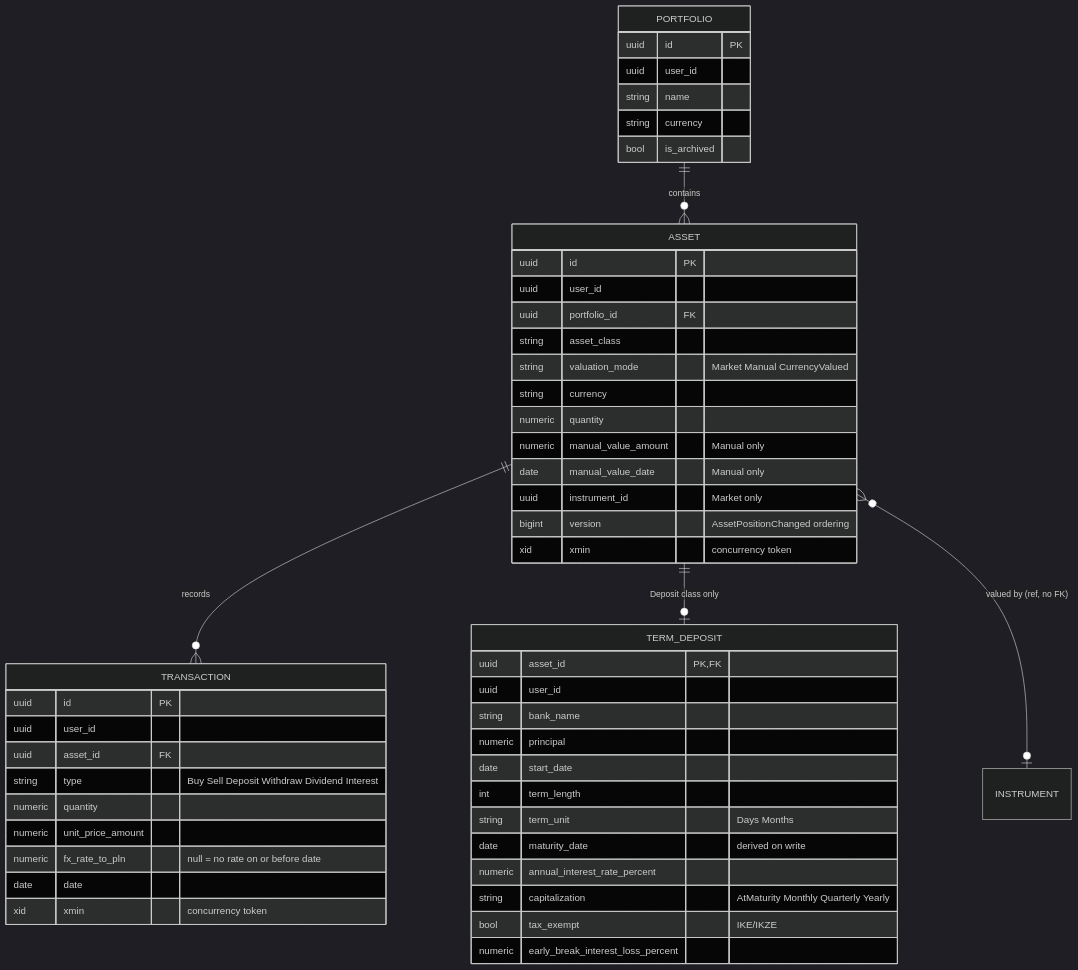
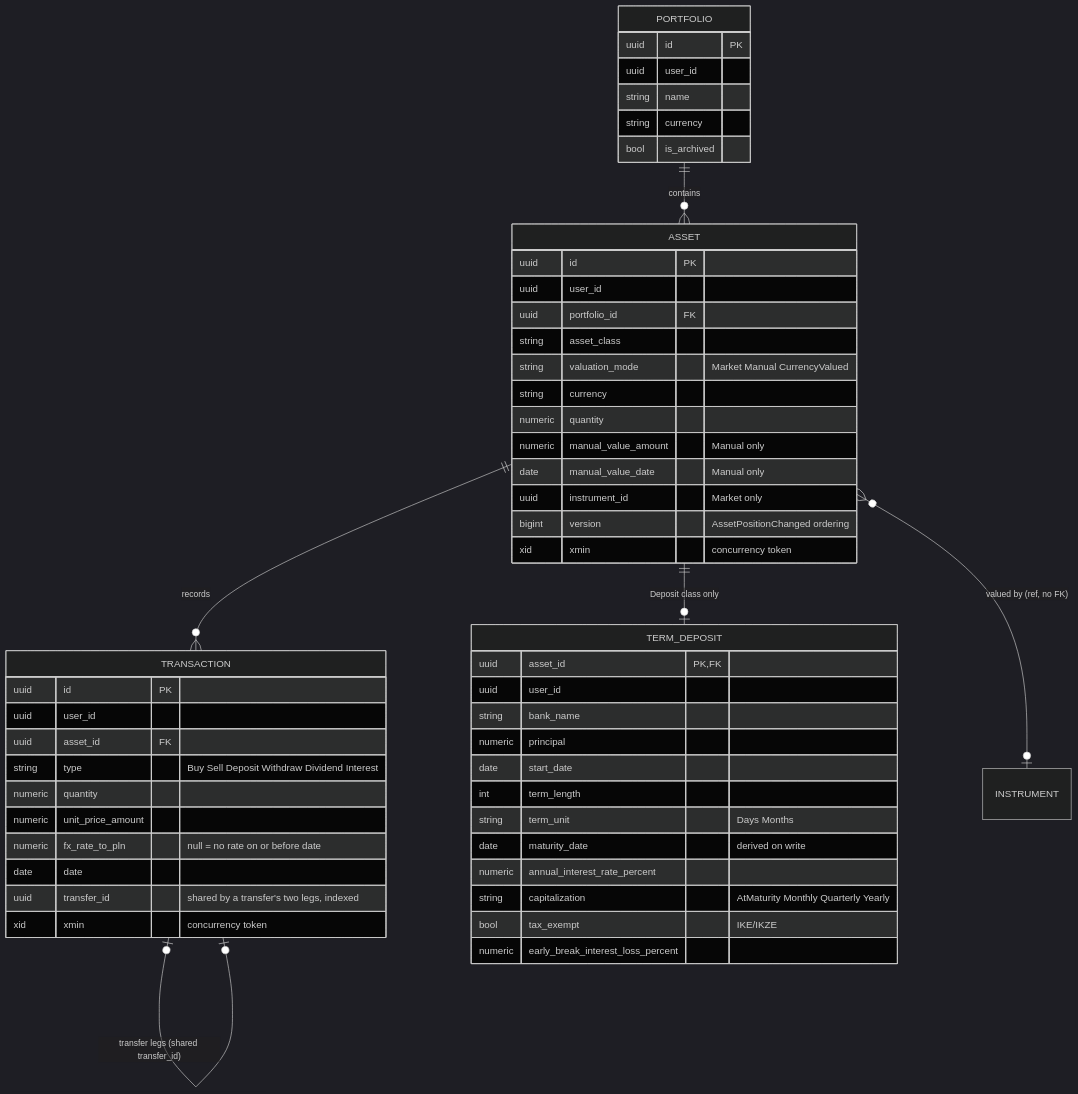
The first of 3 diagrams in skarbiec-plan/domain.md (Maliniak93/FinMel), drawn with Mermaid (dark theme) before and after one commit. The commit also changed other lines of this file and 60 other files, not shown here.

````diff
--- a/skarbiec-plan/domain.md
+++ b/skarbiec-plan/domain.md
@@ -39,53 +41,55 @@
 ```mermaid
 erDiagram
     PORTFOLIO ||--o{ ASSET : contains
     ASSET ||--o{ TRANSACTION : records
+    TRANSACTION |o--o| TRANSACTION : "transfer legs (shared transfer_id)"
     ASSET ||--o| TERM_DEPOSIT : "Deposit class only"
     ASSET }o--o| INSTRUMENT : "valued by (ref, no FK)"
     PORTFOLIO {
         uuid id PK
         uuid user_id
         string name
         string currency
         bool is_archived
     }
     ASSET {
         uuid id PK
         uuid user_id
         uuid portfolio_id FK
         string asset_class
         string valuation_mode "Market Manual CurrencyValued"
         string currency
         numeric quantity
         numeric manual_value_amount "Manual only"
         date manual_value_date "Manual only"
         uuid instrument_id "Market only"
         bigint version "AssetPositionChanged ordering"
         xid xmin "concurrency token"
     }
     TRANSACTION {
         uuid id PK
         uuid user_id
         uuid asset_id FK
         string type "Buy Sell Deposit Withdraw Dividend Interest"
         numeric quantity
         numeric unit_price_amount
         numeric fx_rate_to_pln "null = no rate on or before date"
         date date
+        uuid transfer_id "shared by a transfer's two legs, indexed"
         xid xmin "concurrency token"
     }
     TERM_DEPOSIT {
         uuid asset_id PK, FK
         uuid user_id
         string bank_name
         numeric principal
         date start_date
         int term_length
         string term_unit "Days Months"
         date maturity_date "derived on write"
         numeric annual_interest_rate_percent
         string capitalization "AtMaturity Monthly Quarterly Yearly"
         bool tax_exempt "IKE/IKZE"
         numeric early_break_interest_loss_percent
     }
 ```
````
